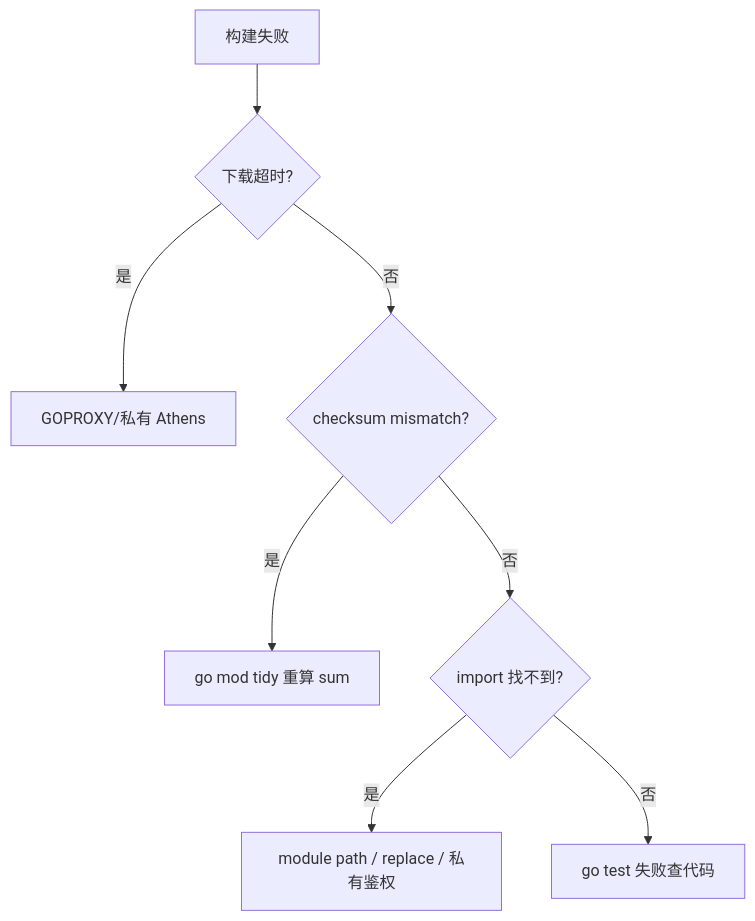
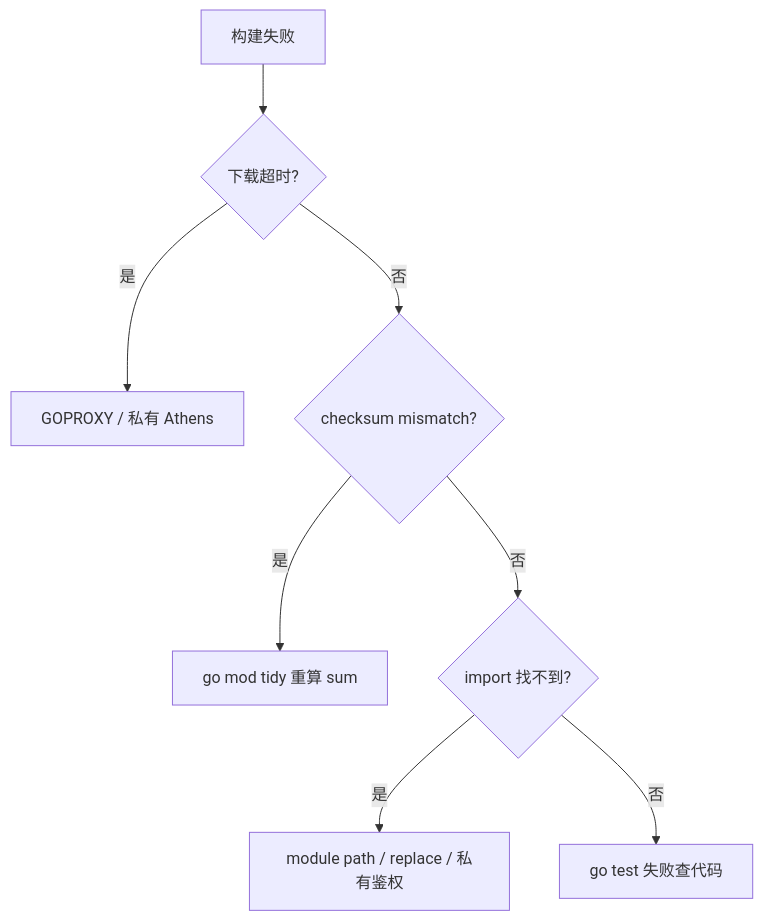
Before and after one commit to ml-cuizijun/LearnToLilith: the third of 3 diagrams in 05-开发能力/03-Go/02-工程结构与go-mod/知识点.md, drawn with Mermaid. The commit also changed other lines of this file and 178 other files, not shown here.

````diff
--- a/05-开发能力/03-Go/02-工程结构与go-mod/知识点.md
+++ b/05-开发能力/03-Go/02-工程结构与go-mod/知识点.md
@@ -388,10 +440,10 @@
 ```mermaid
 flowchart TD
     A[构建失败] --> B{下载超时?}
-    B -->|是| C[GOPROXY/私有 Athens]
+    B -->|是| C[GOPROXY / 私有 Athens]
     B -->|否| D{checksum mismatch?}
     D -->|是| E[go mod tidy 重算 sum]
     D -->|否| F{import 找不到?}
     F -->|是| G[module path / replace / 私有鉴权]
     F -->|否| H[go test 失败查代码]
 ```
````
